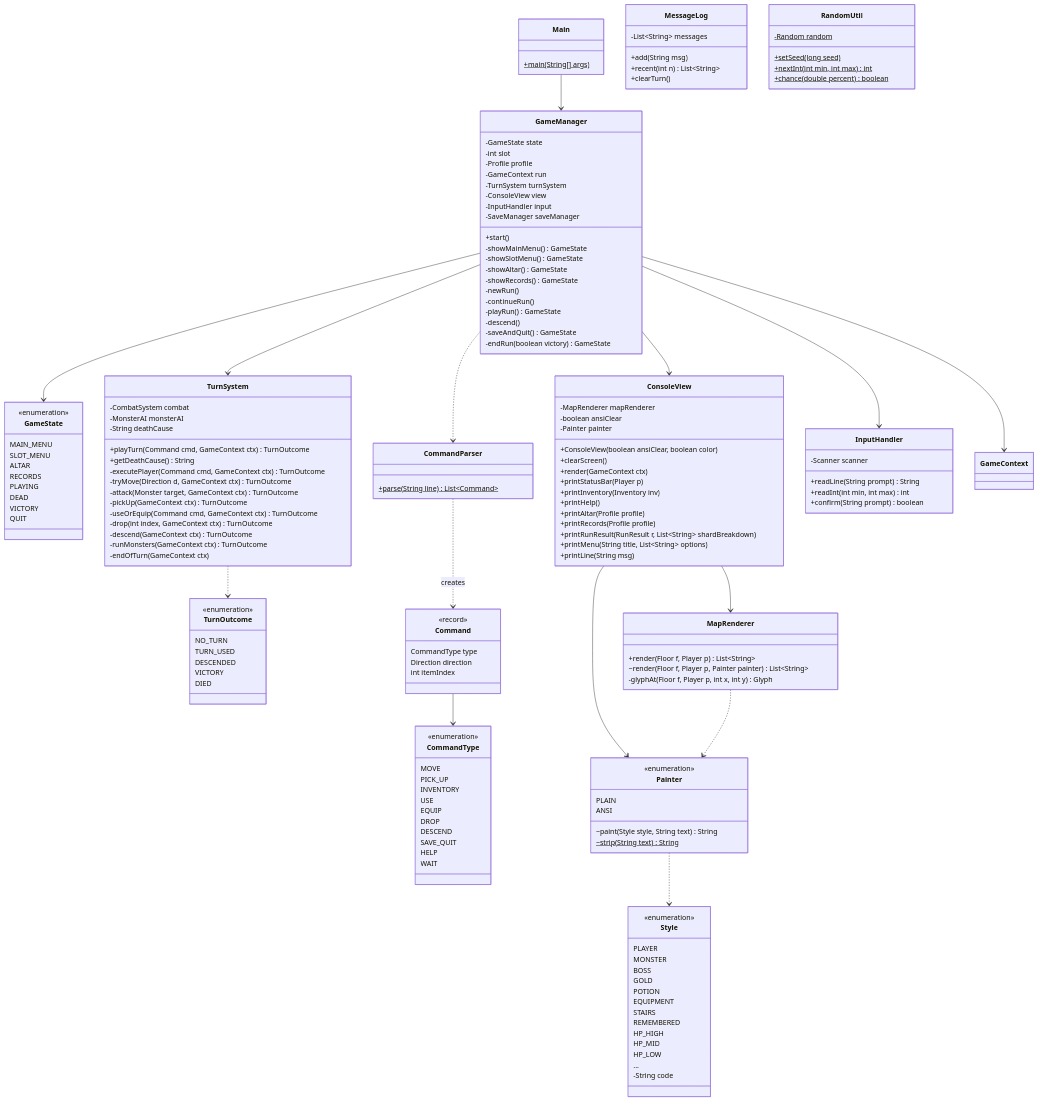
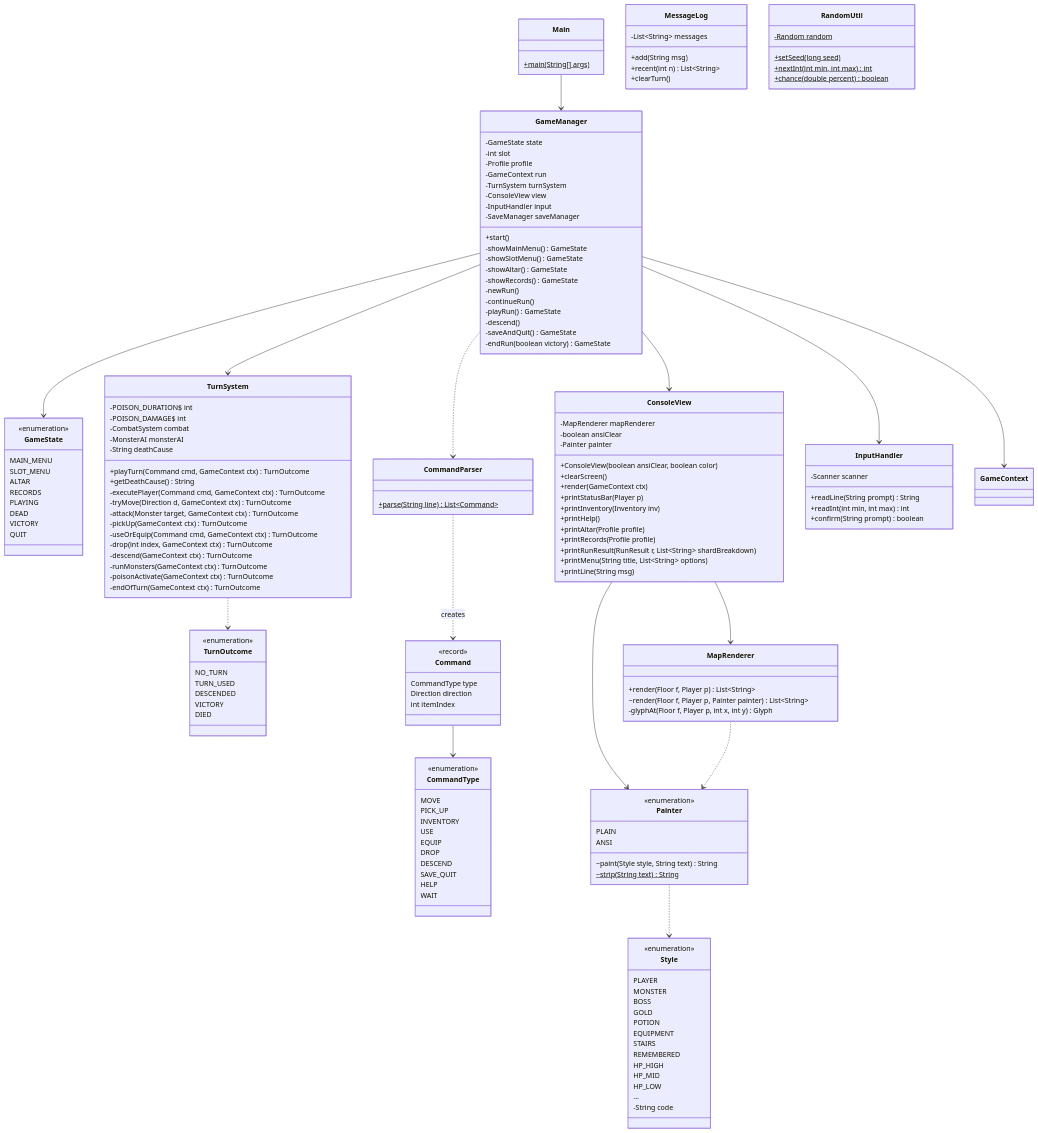
Before and after one commit to likelion-boot-camp-28th/side-project01-team01: the second of 9 diagrams in docs/Class-Diagram.md, drawn with Mermaid. The commit also changed other lines of this file and 1 other file, not shown here.

```diff
--- a/docs/Class-Diagram.md
+++ b/docs/Class-Diagram.md
@@ -107,6 +107,8 @@
         QUIT
     }
     class TurnSystem {
+        -POISON_DURATION$ int
+        -POISON_DAMAGE$ int
         -CombatSystem combat
         -MonsterAI monsterAI
         -String deathCause
@@ -120,7 +122,8 @@
         -drop(int index, GameContext ctx) TurnOutcome
         -descend(GameContext ctx) TurnOutcome
         -runMonsters(GameContext ctx) TurnOutcome
-        -endOfTurn(GameContext ctx)
+        -poisonActivate(GameContext ctx) TurnOutcome
+        -endOfTurn(GameContext ctx) TurnOutcome
     }
     class TurnOutcome {
         <<enumeration>>
```
